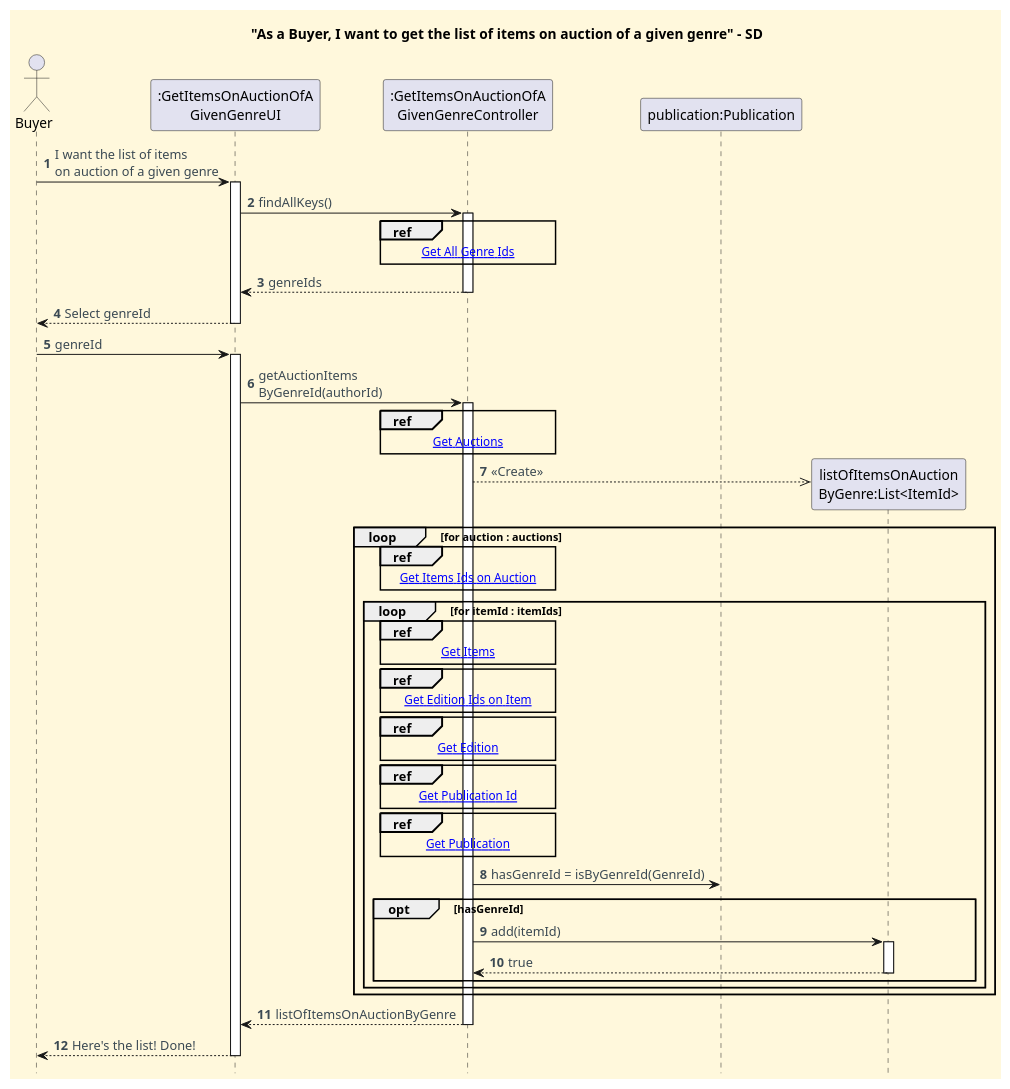
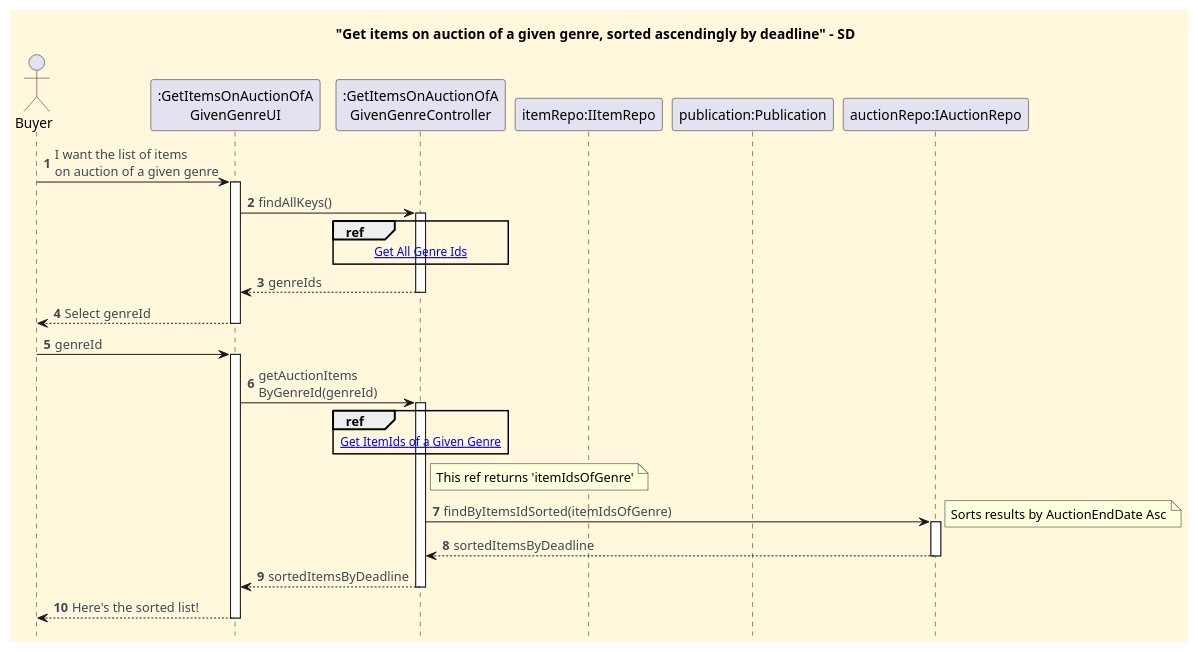
The diagram in docs/functionalities/buyer/get-list-of-items-on-auction-of-given-genre/Get_List_Of_Items_On_Auction_Of_Given_Genre_SD.puml (CarolinaLeite-collab/JavaMarketplacePlatform), drawn with PlantUML before and after one commit. The commit also changed 1 other file, not shown here.

Commit message:
task: Updated Sequence Diagram relative to US036, #869

```diff
--- a/docs/functionalities/buyer/get-list-of-items-on-auction-of-given-genre/Get_List_Of_Items_On_Auction_Of_Given_Genre_SD.puml
+++ b/docs/functionalities/buyer/get-list-of-items-on-auction-of-given-genre/Get_List_Of_Items_On_Auction_Of_Given_Genre_SD.puml
@@ -1,93 +1,59 @@
 @startuml
-title "As a Buyer, I want to get the list of items on auction of a given genre" - SD
+title "Get items on auction of a given genre, sorted ascendingly by deadline" - SD
 hidefootbox
 
 skinparam shadowing false
 skinparam defaultFontName Futura
 skinparam objectFontSize 20
 skinparam backgroundColor CornSilk
 skinparam objectBackgroundColor WhiteSmoke
 skinparam ArrowFontColor #3B4953
 
 autonumber
 autoactivate off
 
 actor Buyer
 participant ":GetItemsOnAuctionOfA\nGivenGenreUI" as UI
 participant ":GetItemsOnAuctionOfA\nGivenGenreController" as CTL
+participant "itemRepo:IItemRepo" as IRepo
 participant "publication:Publication" as Publication
+participant "auctionRepo:IAuctionRepo" as ARepo
 
 
 Buyer -> UI: I want the list of items \non auction of a given genre
 activate UI
 UI -> CTL : findAllKeys()
 activate CTL
 ref over CTL
 [[sd-ref-diagrams/Get_Genre_Ids.puml Get All Genre Ids]]
 end ref
 
-
-
 CTL --> UI : genreIds
 deactivate CTL
 UI --> Buyer: Select genreId
 deactivate UI
 Buyer -> UI: genreId
 activate UI
 
-
-UI -> CTL: getAuctionItems\nByGenreId(authorId)
+UI -> CTL: getAuctionItems\nByGenreId(genreId)
 activate CTL
 
 ref over CTL
-[[sd-ref-diagrams/Get_Auctions.puml Get Auctions]]
+[[../sd-ref-diagrams/Get_Items.puml Get ItemIds of a Given Genre]]
 end ref
+note right of CTL: This ref returns 'itemIdsOfGenre'
 
-create "listOfItemsOnAuction\nByGenre:List<ItemId>"
-CTL -->> "listOfItemsOnAuction\nByGenre:List<ItemId>" : <<Create>>
+CTL -> ARepo : findByItemsIdSorted(itemIdsOfGenre)
+activate ARepo
+note right: Sorts results by AuctionEndDate Asc
+ARepo --> CTL : sortedItemsByDeadline
+deactivate ARepo
 
-loop for auction : auctions
-ref over CTL
-[[sd-ref-diagrams/Get_Items_Id_Auction.puml Get Items Ids on Auction]]
-end ref
+CTL --> UI: sortedItemsByDeadline
+deactivate CTL
 
-loop for itemId : itemIds
-ref over CTL
-[[sd-ref-diagrams/Get_Items.puml Get Items]]
-end ref
-
-ref over CTL
-[[sd-ref-diagrams/Get_Edition_Id_Item.puml Get Edition Ids on Item]]
-end ref
-
-ref over CTL
-[[sd-ref-diagrams/Get_Edition.puml Get Edition]]
-end ref
-
-ref over CTL
-[[sd-ref-diagrams/Get_Publication_Id.puml Get Publication Id]]
-end ref
-
-ref over CTL
-[[sd-ref-diagrams/Get_Publication.puml Get Publication]]
-end ref
-
-CTL -> Publication : hasGenreId = isByGenreId(GenreId)
-
-opt hasGenreId
-CTL -> "listOfItemsOnAuction\nByGenre:List<ItemId>" : add(itemId)
-activate "listOfItemsOnAuction\nByGenre:List<ItemId>"
-"listOfItemsOnAuction\nByGenre:List<ItemId>" --> CTL : true
-deactivate "listOfItemsOnAuction\nByGenre:List<ItemId>"
-end
-end
-end
+UI --> Buyer: Here's the sorted list!
+deactivate UI
 
 
-CTL --> UI: listOfItemsOnAuctionByGenre
-deactivate CTL
-
-UI --> Buyer: Here's the list! Done!
-deactivate UI
-
 @enduml
```
